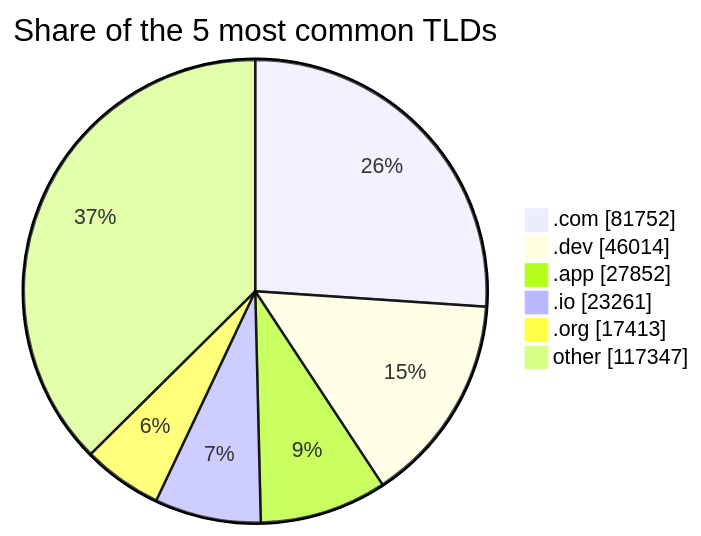
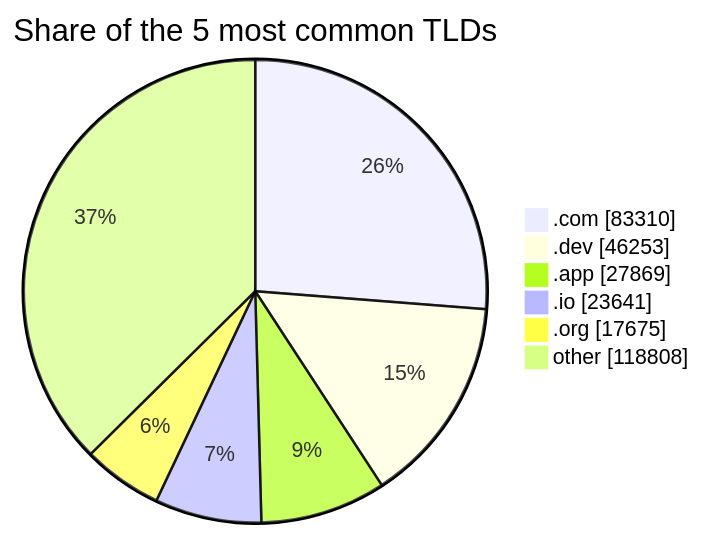
Before and after one commit to DNSBunker/CTI: the third of 3 diagrams in README.md, drawn with Mermaid. The commit also changed other lines of this file and 3 other files, not shown here.

````diff
--- a/README.md
+++ b/README.md
@@ -81,9 +81,9 @@
 ```mermaid
 pie showData title Share of the 5 most common TLDs
-    ".com" : 81752
-    ".dev" : 46014
-    ".app" : 27852
-    ".io" : 23261
-    ".org" : 17413
-    "other" : 117347
+    ".com" : 83310
+    ".dev" : 46253
+    ".app" : 27869
+    ".io" : 23641
+    ".org" : 17675
+    "other" : 118808
 ```
````
